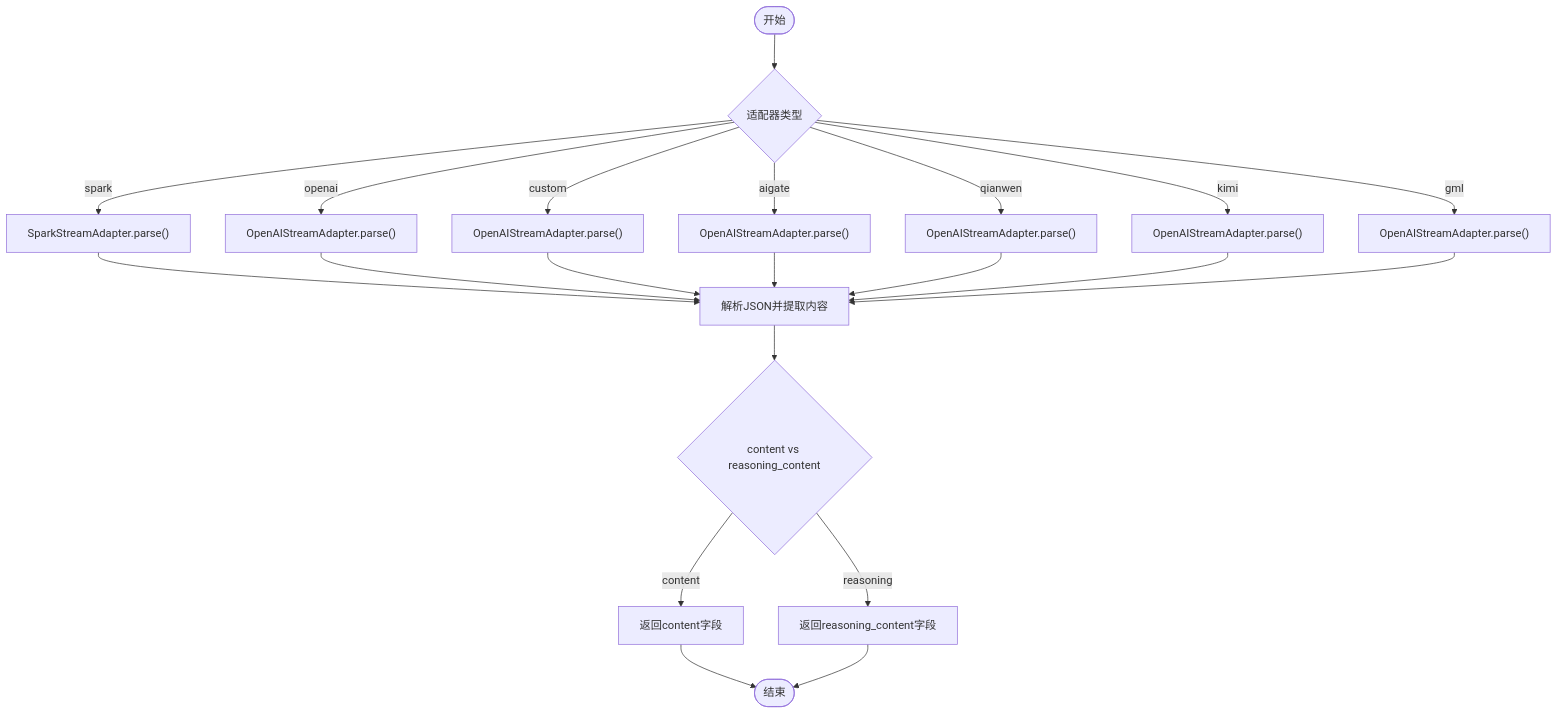
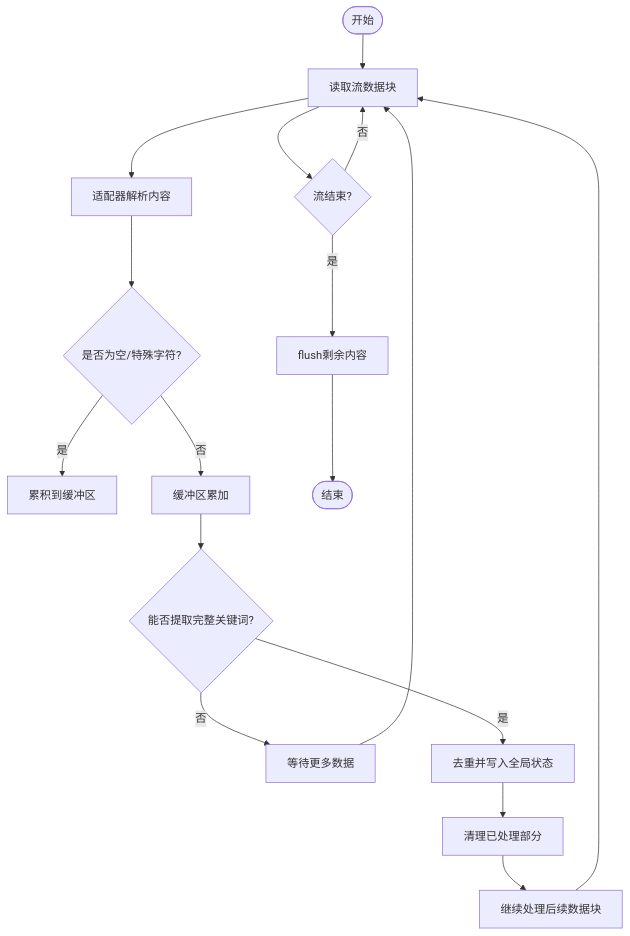
Before and after one commit to RadiumAg/bilibili-favorites: the fifth of 6 diagrams in .qoder/repowiki/zh/content/API参考文档/AI服务API.md, drawn with Mermaid. The commit also changed other lines of this file and 27 other files, not shown here.

````diff
--- a/.qoder/repowiki/zh/content/API参考文档/AI服务API.md
+++ b/.qoder/repowiki/zh/content/API参考文档/AI服务API.md
@@ -256,23 +299,19 @@
 ```mermaid
 flowchart TD
-Start(["开始"]) --> CheckType{"适配器类型"}
-CheckType --> |spark| Spark["SparkStreamAdapter.parse()"]
-CheckType --> |openai| OpenAI["OpenAIStreamAdapter.parse()"]
-CheckType --> |custom| Custom["OpenAIStreamAdapter.parse()"]
-CheckType --> |aigate| AIGate["OpenAIStreamAdapter.parse()"]
-CheckType --> |qianwen| Qianwen["OpenAIStreamAdapter.parse()"]
-CheckType --> |kimi| Kimi["OpenAIStreamAdapter.parse()"]
-CheckType --> |gml| GML["OpenAIStreamAdapter.parse()"]
-Spark --> Parse["解析JSON并提取内容"]
-OpenAI --> Parse
-Custom --> Parse
-AIGate --> Parse
-Qianwen --> Parse
-Kimi --> Parse
-GML --> Parse
-Parse --> Priority{"content vs reasoning_content"}
-Priority --> |content| Content["返回content字段"]
-Priority --> |reasoning| Reasoning["返回reasoning_content字段"]
-Content --> End(["结束"])
-Reasoning --> End
+Start(["开始"]) --> ReadChunk["读取流数据块"]
+ReadChunk --> Parse["适配器解析内容"]
+Parse --> Skip{"是否为空/特殊字符?"}
+Skip --> |是| Accumulate["累积到缓冲区"]
+Skip --> |否| BufferAcc["缓冲区累加"]
+BufferAcc --> Extract{"能否提取完整关键词?"}
+Extract --> |否| Wait["等待更多数据"]
+Extract --> |是| Dedup["去重并写入全局状态"]
+Dedup --> Clear["清理已处理部分"]
+Clear --> Continue["继续处理后续数据块"]
+Wait --> ReadChunk
+Continue --> ReadChunk
+ReadChunk --> Done{"流结束?"}
+Done --> |否| ReadChunk
+Done --> |是| Flush["flush剩余内容"]
+Flush --> End(["结束"])
 ```
````
